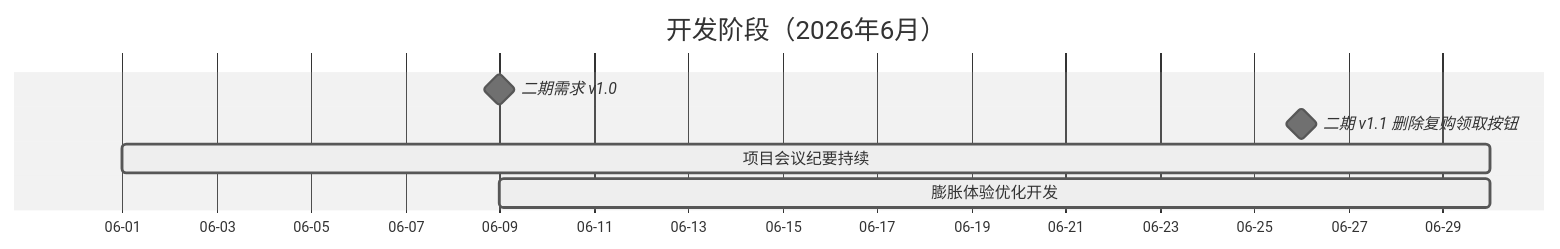
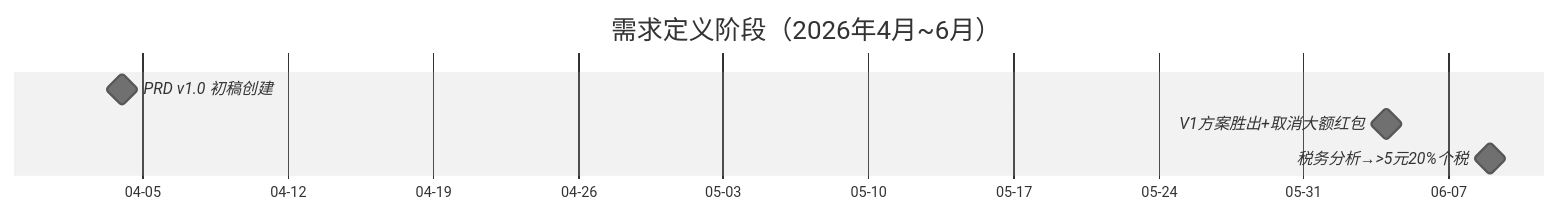
One commit to yingji945/obsidian-vault changed the second of 3 diagrams in 项目沉淀/一物一码/07-项目全景/一物一码项目全生命周期地图.md. Above: the diagram before and after it, drawn with Mermaid (neutral theme). The commit also changed other lines of this file, not shown here.

Commit message:
补强：全生命周期地图新增业务策划阶段（基于33篇原始纪要）

````diff
--- a/项目沉淀/一物一码/07-项目全景/一物一码项目全生命周期地图.md
+++ b/项目沉淀/一物一码/07-项目全景/一物一码项目全生命周期地图.md
@@ -84,11 +41,10 @@
 ```mermaid
 gantt
-    title 开发阶段（2026年6月）
+    title 需求定义阶段（2026年4月~6月）
     dateFormat  YYYY-MM-DD
     axisFormat  %m-%d
     
-    二期需求 v1.0               :milestone, 2026-06-09, 0d
-    二期 v1.1 删除复购领取按钮   :milestone, 2026-06-26, 0d
-    项目会议纪要持续             :active, 2026-06-01, 2026-06-30
-    膨胀体验优化开发             :active, 2026-06-09, 2026-06-30
+    PRD v1.0 初稿创建           :milestone, 2026-04-04, 0d
+    V1方案胜出+取消大额红包      :milestone, 2026-06-04, 0d
+    税务分析→>5元20%个税        :milestone, 2026-06-09, 0d
 ```
````
